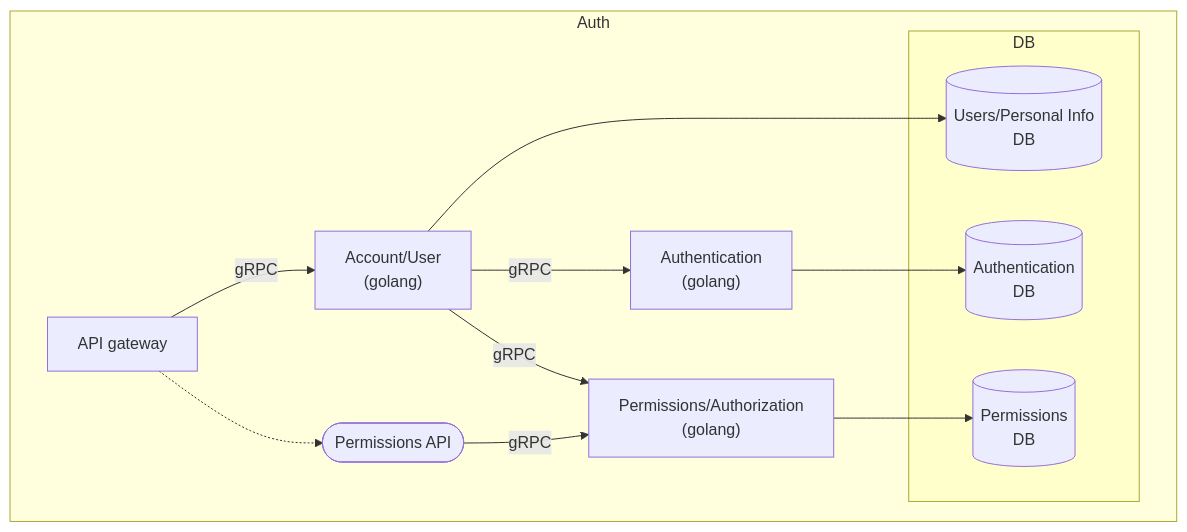
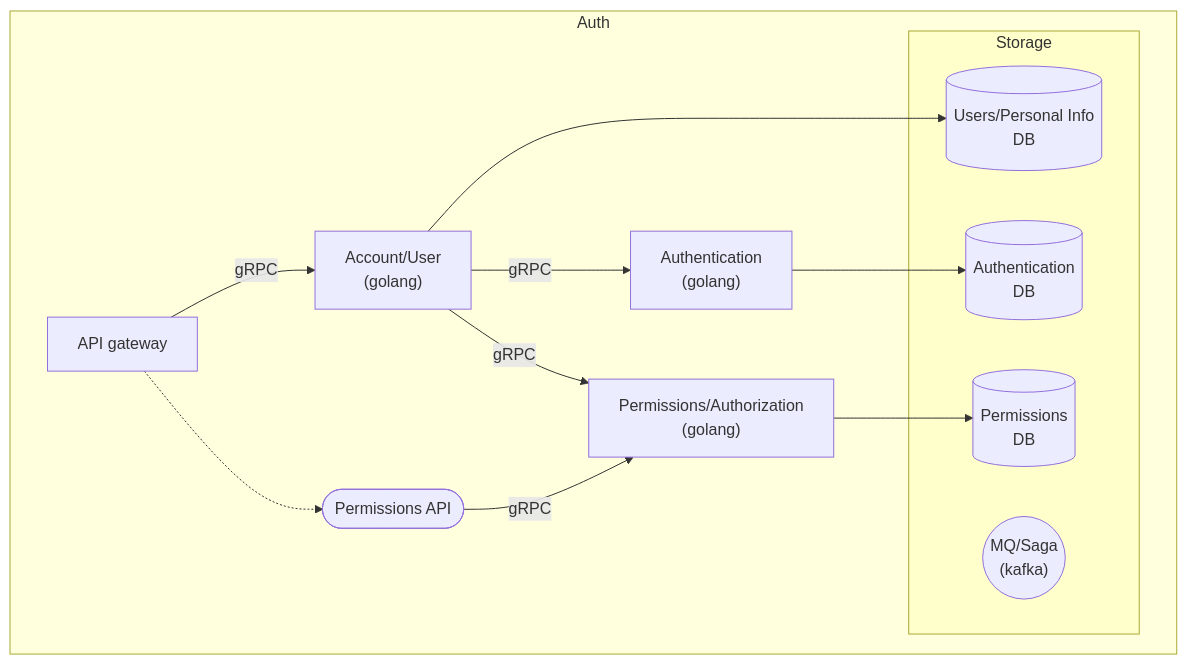
The second of 3 diagrams in README.md (sergereinov/notes-saas), drawn with Mermaid before and after one commit. The commit also changed other lines of this file, not shown here.

````diff
--- a/README.md
+++ b/README.md
@@ -67,29 +67,30 @@
 ```mermaid
 graph TD
 
     API --> |gRPC| Account
     API -.-> PermissionAPI
     Account --> |gRPC| Authentication
     Account --> |gRPC| Permission
     PermissionAPI --> |gRPC| Permission
     
     Account --> UserDB
     Authentication --> AuthenticationDB
     Permission --> PermissionDB
-
+    
     subgraph Auth
         API["API gateway"]
         Account["Account/User<br/>(golang)"]
         Authentication["Authentication<br/>(golang)"]
         PermissionAPI(["Permissions API"])
         Permission["Permissions/Authorization<br/>(golang)"]
-    
-        subgraph DB
+        
+        subgraph Storage
             AuthenticationDB[("Authentication<br/>DB")]
             UserDB[("Users/Personal Info<br/>DB")]
             PermissionDB[("Permissions<br/>DB")]        
+            MQ(("MQ/Saga<br/>(kafka)"))
         end    
     end
     
-    style DB fill:#ffc
+    style Storage fill:#ffc
 ```
````
